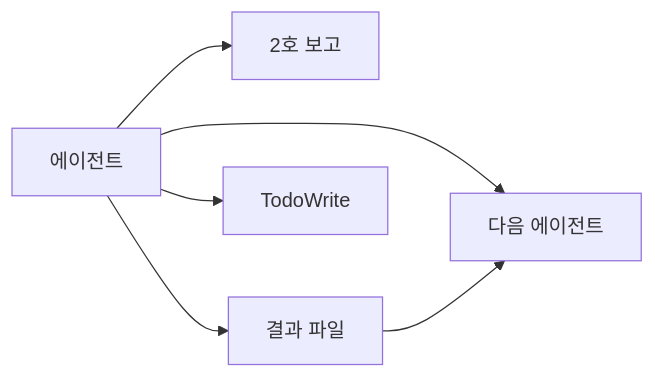
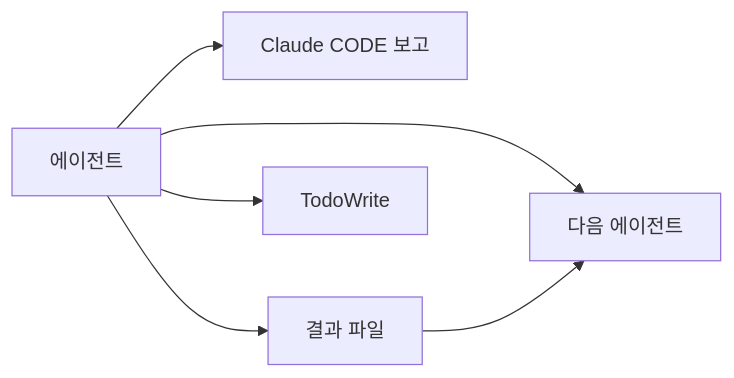
Before and after one commit to Jaesun23/spark-claude: the second of 3 diagrams in docs/SPARK_ORCHESTRATION_ARCHITECTURE.md, drawn with Mermaid. The commit also changed other lines of this file and 6 other files, not shown here.

````diff
--- a/docs/SPARK_ORCHESTRATION_ARCHITECTURE.md
+++ b/docs/SPARK_ORCHESTRATION_ARCHITECTURE.md
@@ -35,8 +35,8 @@
 ```mermaid
 graph LR
-    A[에이전트] --> B[2호 보고]
+    A[에이전트] --> B[Claude CODE 보고]
     A --> C[결과 파일]
     A --> D[TodoWrite]
     A --> E[다음 에이전트]
     C --> E
 ```
````
